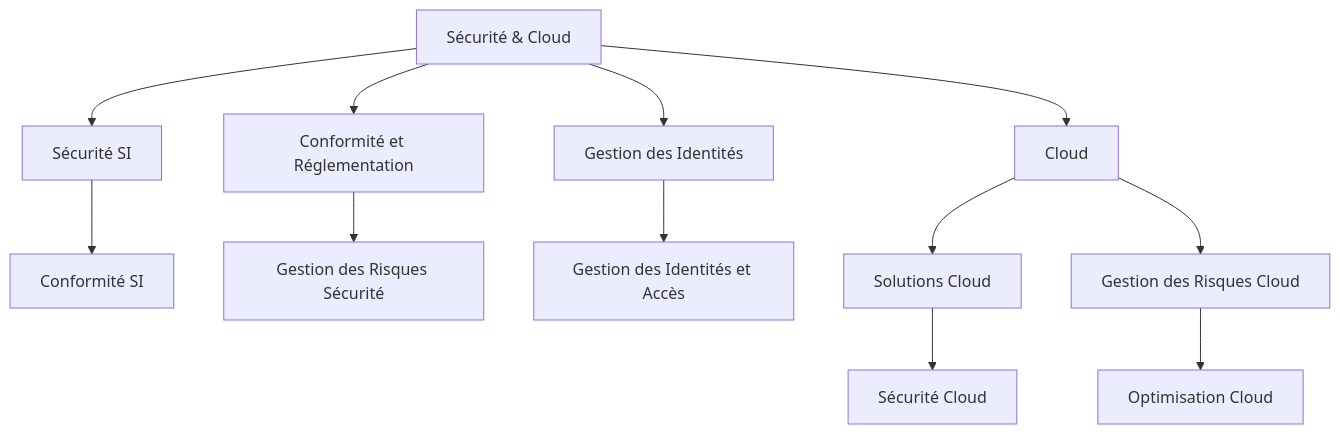
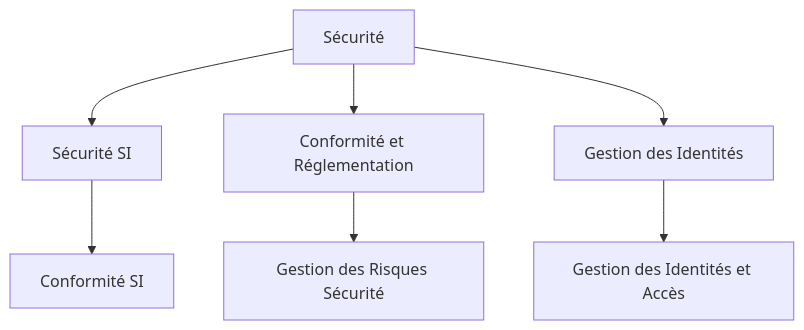
One commit to sanogotech/preparationCertificationCCNA changed the third of 8 diagrams in TestSchema.md. Above: the diagram before and after it, drawn with Mermaid. The commit also changed other lines of this file, not shown here.

````diff
--- a/TestSchema.md
+++ b/TestSchema.md
@@ -54,26 +60,15 @@
 ```mermaid
 graph TD
-    C[Sécurité & Cloud] --> C1[Sécurité SI]
+    C[Sécurité] --> C1[Sécurité SI]
     C --> C2[Conformité et Réglementation]
     C --> C3[Gestion des Identités]
-    C --> E[Cloud]
 
     %% Sécurité SI
     C1 --> C1a[Conformité SI]
 
     %% Conformité et Réglementation
     C2 --> C2a[Gestion des Risques Sécurité]
 
     %% Gestion des Identités
     C3 --> C3a[Gestion des Identités et Accès]
-
-    %% Cloud
-    E --> E1[Solutions Cloud]
-    E --> E2[Gestion des Risques Cloud]
-
-    %% Solutions Cloud
-    E1 --> E1a[Sécurité Cloud]
-
-    %% Gestion des Risques Cloud
-    E2 --> E2a[Optimisation Cloud]
 ```
````
